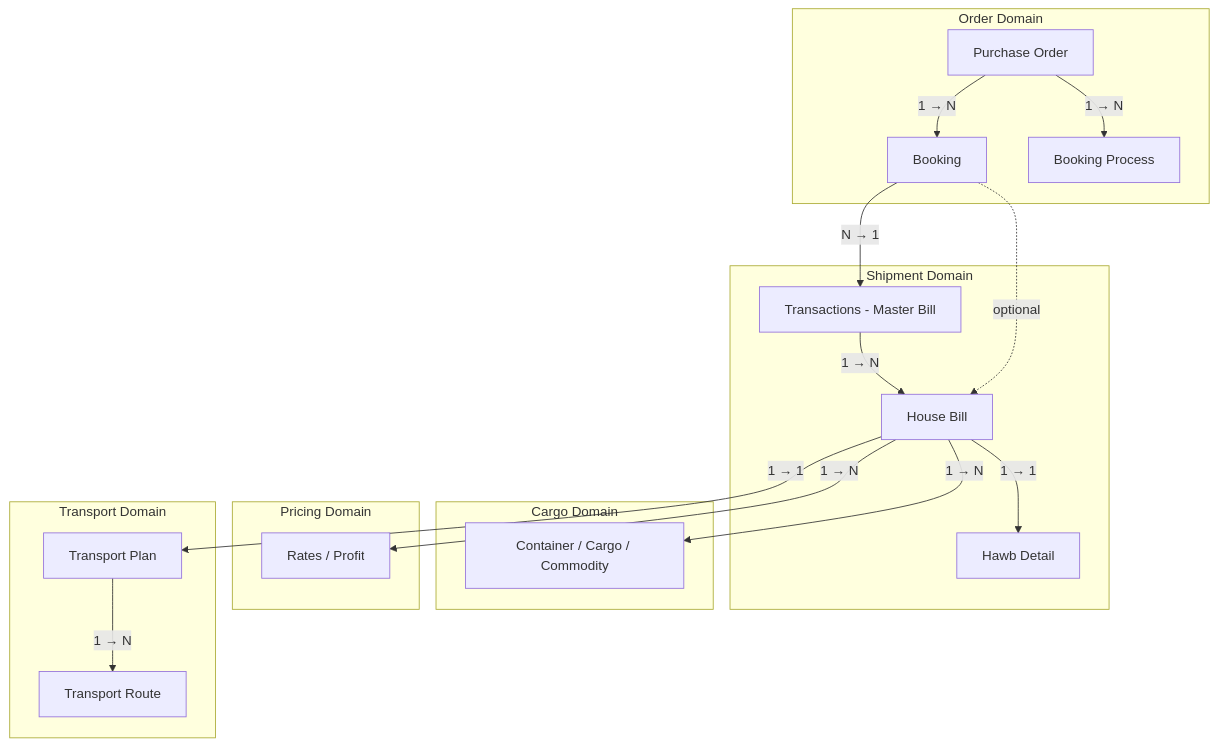
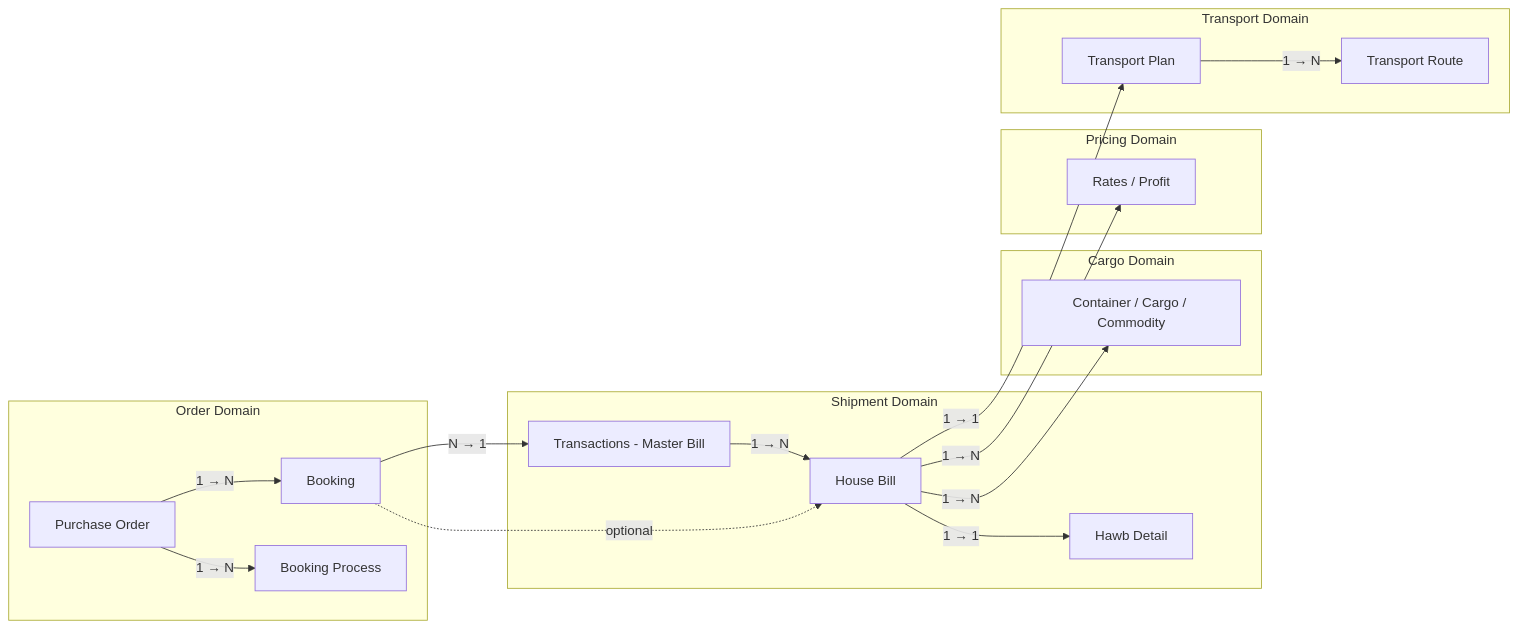
One commit to ngcdan/wiki changed the first of 2 diagrams in projects/bf1/ERD.md. Above: the diagram before and after it, drawn with Mermaid.

Commit message:
docs: đổi layout DDD sang horizontal, Shipment Domain trung tâm

````diff
--- a/projects/bf1/ERD.md
+++ b/projects/bf1/ERD.md
@@ -13,30 +13,38 @@
 ```mermaid
-graph TD
+graph LR
     subgraph ORDER["Order Domain"]
-        PO["Purchase Order"] -->|"1 → N"| BK["Booking"]
-        PO -->|"1 → N"| BP["Booking Process"]
+        PO["Purchase Order"]
+        BK["Booking"]
+        BP["Booking Process"]
+        PO -->|"1 → N"| BK
+        PO -->|"1 → N"| BP
     end
 
     subgraph SHIPMENT["Shipment Domain"]
-        MB["Transactions - Master Bill"] -->|"1 → N"| HB["House Bill"]
-        HB -->|"1 → 1"| HD["Hawb Detail"]
+        MB["Transactions - Master Bill"]
+        HB["House Bill"]
+        HD["Hawb Detail"]
+        MB -->|"1 → N"| HB
+        HB -->|"1 → 1"| HD
     end
 
     subgraph CARGO["Cargo Domain"]
         CC["Container / Cargo / Commodity"]
     end
 
     subgraph PRICING["Pricing Domain"]
         RP["Rates / Profit"]
     end
 
     subgraph TRANSPORT["Transport Domain"]
-        TP["Transport Plan"] -->|"1 → N"| TR["Transport Route"]
+        TP["Transport Plan"]
+        TR["Transport Route"]
+        TP -->|"1 → N"| TR
     end
 
     BK -->|"N → 1"| MB
     BK -.->|"optional"| HB
     HB -->|"1 → N"| CC
     HB -->|"1 → N"| RP
     HB -->|"1 → 1"| TP
 ```
````
